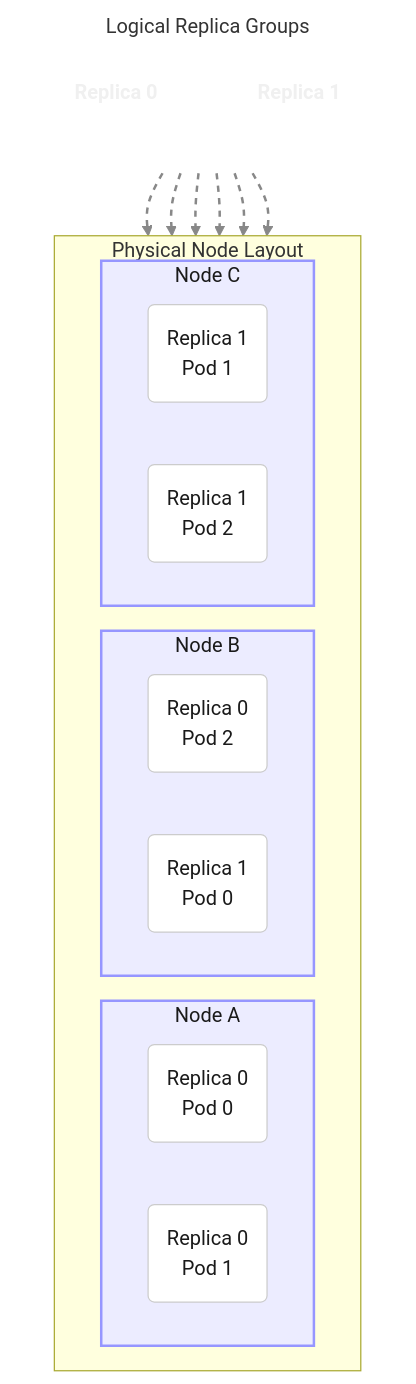
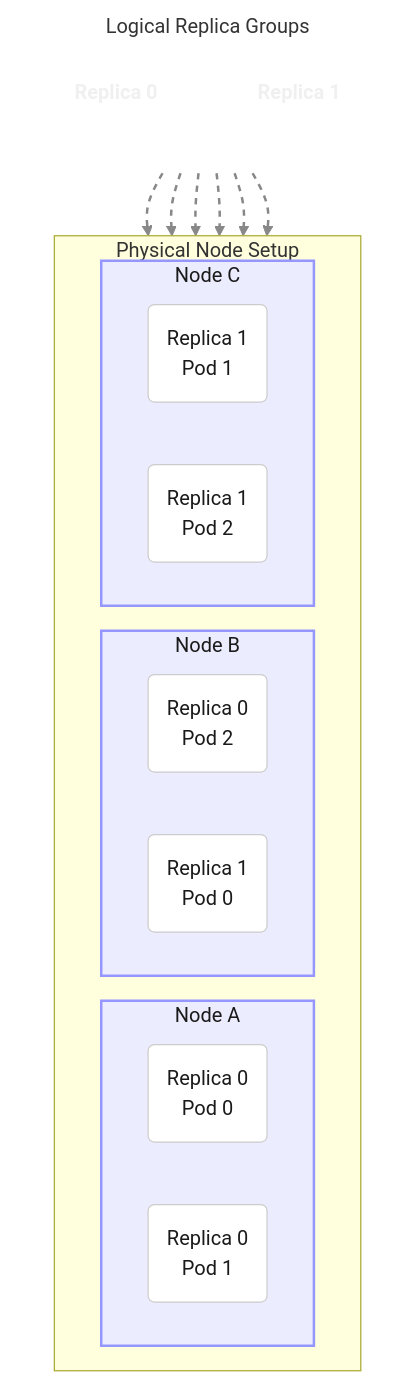
The first of 2 diagrams in keps/sig-apps/draft-20251010-multipod-pdb/README.md (kubernetes/enhancements), drawn with Mermaid before and after one commit. The commit also changed other lines of this file, not shown here.

````diff
--- a/keps/sig-apps/draft-20251010-multipod-pdb/README.md
+++ b/keps/sig-apps/draft-20251010-multipod-pdb/README.md
@@ -193,51 +293,51 @@
 ```mermaid
 graph TD
     %% Define Styles for Setup Diagram
     classDef node_box fill:#ececff,stroke:#9696ff,stroke-width:2px,color:#1a1a1a
     classDef pod_box fill:#fff,stroke:#ccc,color:#1a1a1a
     classDef replica_label fill:none,stroke:none,font-weight:bold,color:#f0f0f0
 
-    subgraph "Physical Node Layout"
+    subgraph "Physical Node Setup"
         direction LR
 
         subgraph NodeA ["Node A"]
             R0P0("Replica 0<br/>Pod 0")
             R0P1("Replica 0<br/>Pod 1")
         end
         class NodeA node_box
 
         subgraph NodeB ["Node B"]
             R0P2("Replica 0<br/>Pod 2")
             R1P0("Replica 1<br/>Pod 0")
         end
         class NodeB node_box
 
         subgraph NodeC ["Node C"]
             R1P1("Replica 1<br/>Pod 1")
             R1P2("Replica 1<br/>Pod 2")
         end
         class NodeC node_box
 
         class R0P0,R0P1,R0P2,R1P0,R1P1,R1P2 pod_box
     end
     
     %% Logical Groupings (shown with links)
     subgraph LogicalGrouping ["Logical Replica Groups"]
         direction TB
         style LogicalGrouping fill:none,stroke:none
         R0("Replica 0")
         R1("Replica 1")
         class R0,R1 replica_label
     end
     
     R0 -.-> R0P0
     R0 -.-> R0P1
     R0 -.-> R0P2
     
     R1 -.-> R1P0
     R1 -.-> R1P1
     R1 -.-> R1P2
 
     %% Style all links (0 to 5)
     linkStyle 0,1,2,3,4,5 stroke:#888,stroke-dasharray: 5 5,stroke-width:2px
 ```
````
